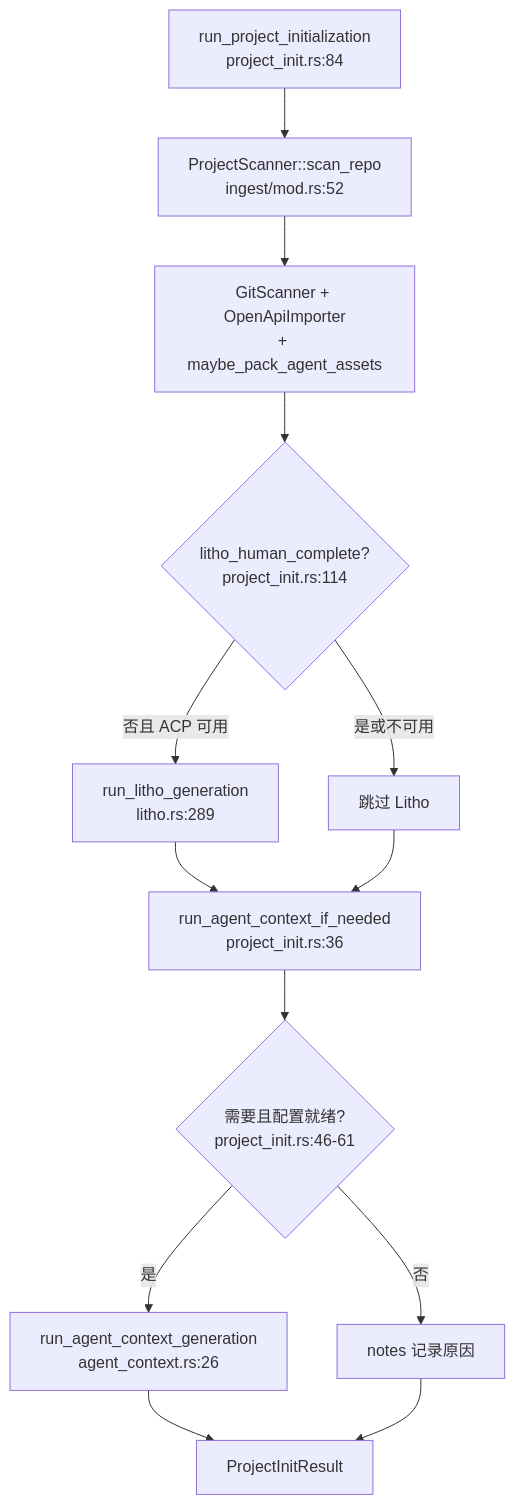
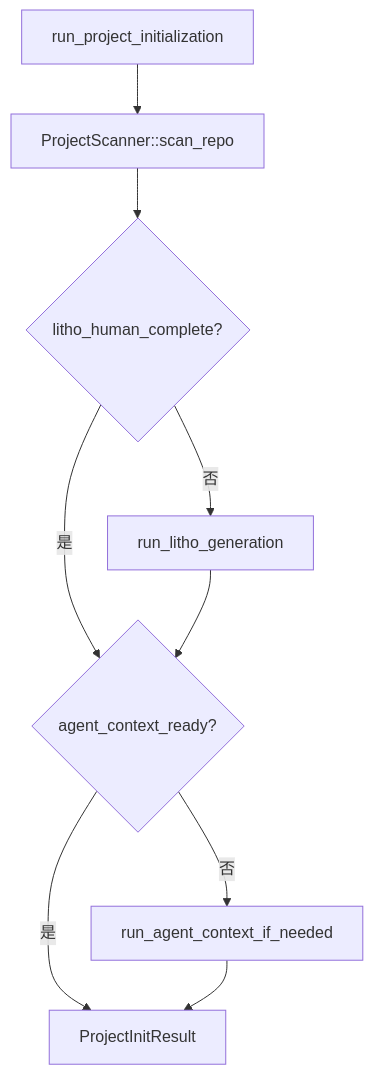
The diagram in .terrain/human/4.Deep-Exploration/项目初始化.md (sopaco/terrain), drawn with Mermaid before and after one commit. The commit also changed other lines of this file and 79 other files, not shown here.

````diff
--- a/.terrain/human/4.Deep-Exploration/项目初始化.md
+++ b/.terrain/human/4.Deep-Exploration/项目初始化.md
@@ -46,15 +34,11 @@
 ```mermaid
 flowchart TD
-    A["run_project_initialization<br/>project_init.rs:84"] --> B["ProjectScanner::scan_repo<br/>ingest/mod.rs:52"]
-    B --> C["GitScanner + OpenApiImporter<br/>+ maybe_pack_agent_assets"]
-    C --> D{"litho_human_complete?<br/>project_init.rs:114"}
-    D -->|否且 ACP 可用| E["run_litho_generation<br/>litho.rs:289"]
-    D -->|是或不可用| F["跳过 Litho"]
-    E --> G["run_agent_context_if_needed<br/>project_init.rs:36"]
+    A["run_project_initialization"] --> B["ProjectScanner::scan_repo"]
+    B --> C{"litho_human_complete?"}
+    C -->|否| D["run_litho_generation"]
+    C -->|是| E{"agent_context_ready?"}
+    D --> E
+    E -->|否| F["run_agent_context_if_needed"]
+    E -->|是| G["ProjectInitResult"]
     F --> G
-    G --> H{"需要且配置就绪?<br/>project_init.rs:46-61"}
-    H -->|是| I["run_agent_context_generation<br/>agent_context.rs:26"]
-    H -->|否| K["notes 记录原因"]
-    I --> L["ProjectInitResult"]
-    K --> L
 ```
````
